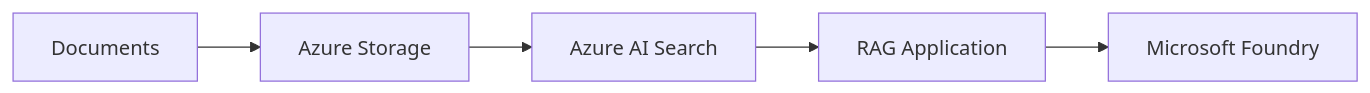
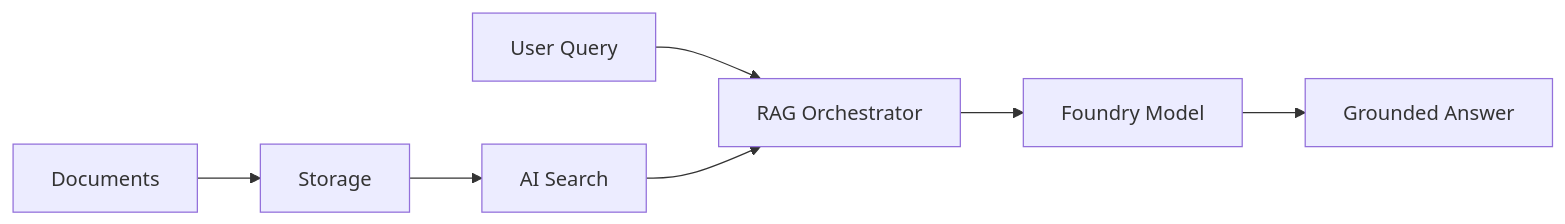
One commit to msellamiTN/data2ai-terraform-azure-foundry changed the second of 3 diagrams in docs/architecture/reference-platform.md. Above: the diagram before and after it, drawn with Mermaid. The commit also changed other lines of this file and 7 other files, not shown here.

````diff
--- a/docs/architecture/reference-platform.md
+++ b/docs/architecture/reference-platform.md
@@ -22,7 +20,9 @@
 ```mermaid
 flowchart LR
-D[Documents] --> ST[Azure Storage]
-ST --> S[Azure AI Search]
-S --> R[RAG Application]
-R --> F[Microsoft Foundry]
+ DOC[Documents] --> ST[Storage]
+ ST --> IDX[AI Search]
+ Q[User Query] --> R[RAG Orchestrator]
+ IDX --> R
+ R --> F[Foundry Model]
+ F --> A[Grounded Answer]
 ```
````
